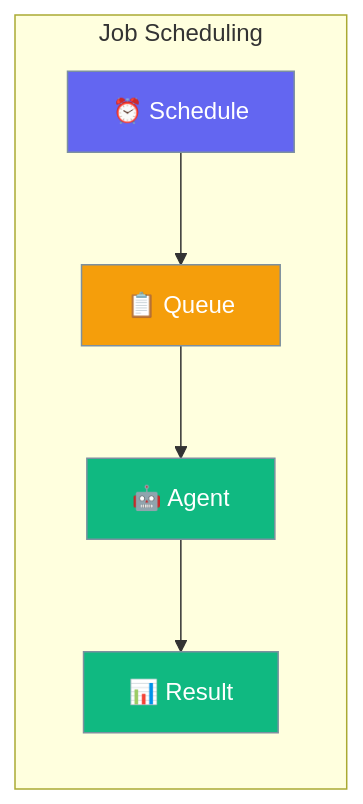
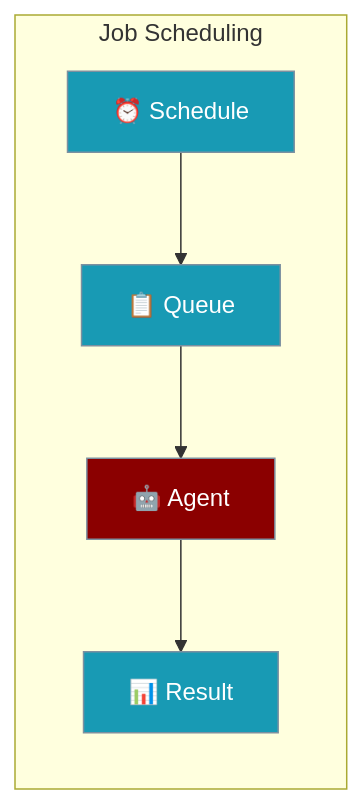
One commit to MervinPraison/PraisonAIDocs changed the first of 2 diagrams in docs/js/jobs.mdx. Above: the diagram before and after it, drawn with Mermaid. The commit also changed 16 other files, not shown here.

````diff
--- a/docs/js/jobs.mdx
+++ b/docs/js/jobs.mdx
@@ -10,16 +10,14 @@
 ```mermaid
 graph LR
     subgraph "Job Scheduling"
         A[⏰ Schedule] --> B[📋 Queue]
         B --> C[🤖 Agent]
         C --> D[📊 Result]
     end
     
-    classDef schedule fill:#6366F1,stroke:#7C90A0,color:#fff
-    classDef queue fill:#F59E0B,stroke:#7C90A0,color:#fff
-    classDef result fill:#10B981,stroke:#7C90A0,color:#fff
+    classDef agent fill:#8B0000,stroke:#7C90A0,color:#fff
+    classDef tool fill:#189AB4,stroke:#7C90A0,color:#fff
     
-    class A schedule
-    class B queue
-    class C,D result
+    class C agent
+    class A,B,D tool
 ```
````
